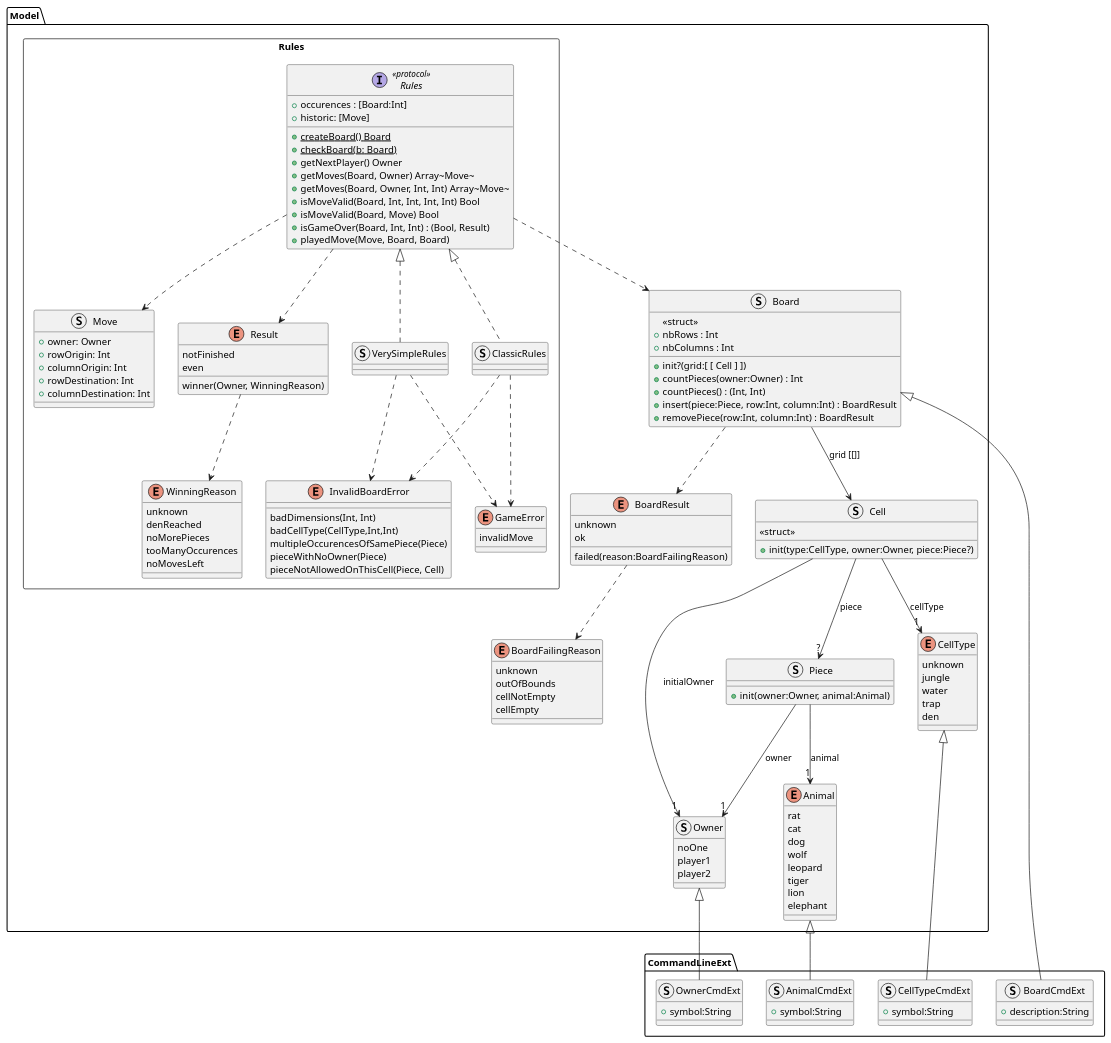
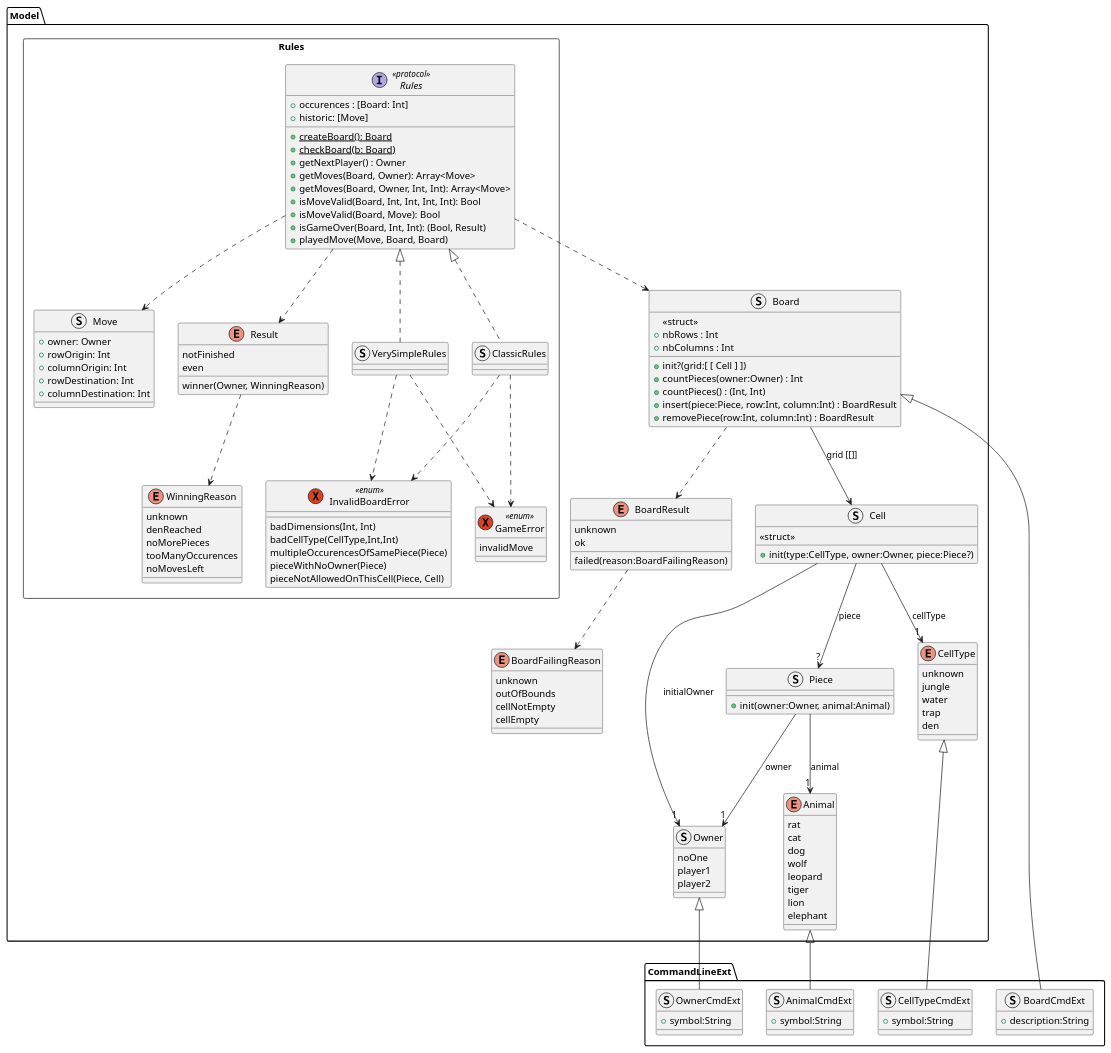
Before and after one commit to axdelafuen/doushouqi: the second of 2 diagrams in README.md, drawn with PlantUML.

Commit message:
:memo: update README class diagram

```diff
--- a/README.md
+++ b/README.md
@@ -136,16 +136,16 @@
 
     package Rules <<Rectangle>> {
        interface Rules <<protocol>> {
-	    {static} +createBoard() Board
+	    {static} +createBoard(): Board
 	    {static} +checkBoard(b: Board)
-	    +getNextPlayer() Owner
-	    +getMoves(Board, Owner) Array~Move~
-	    +getMoves(Board, Owner, Int, Int) Array~Move~
-	    +isMoveValid(Board, Int, Int, Int, Int) Bool
-	    +isMoveValid(Board, Move) Bool
-	    +isGameOver(Board, Int, Int) : (Bool, Result)  
+	    +getNextPlayer() : Owner
+	    +getMoves(Board, Owner): Array<Move>
+	    +getMoves(Board, Owner, Int, Int): Array<Move>
+	    +isMoveValid(Board, Int, Int, Int, Int): Bool
+	    +isMoveValid(Board, Move): Bool
+	    +isGameOver(Board, Int, Int): (Bool, Result)  
 	    +playedMove(Move, Board, Board)
-	    +occurences : [Board:Int]
+	    +occurences : [Board: Int]
 	    +historic: [Move]
 	}
 
@@ -153,9 +153,9 @@
 
         }
 
-        struct VerySimpleRules {
+    struct VerySimpleRules {
 
-        }
+    }
 
 	Rules <|.. ClassicRules
 	Rules <|.. VerySimpleRules
@@ -187,7 +187,7 @@
 	Rules ..> Result
 	Rules ..> Board
 	
-	enum InvalidBoardError {
+	exception InvalidBoardError <<enum>> {
 	    badDimensions(Int, Int)
 	    badCellType(CellType,Int,Int)
 	    multipleOccurencesOfSamePiece(Piece)
@@ -198,7 +198,7 @@
 	ClassicRules ..> InvalidBoardError
 	VerySimpleRules ..> InvalidBoardError
 	
-	enum GameError {
+	exception GameError <<enum >> {
 	    invalidMove
 	}
 
```
